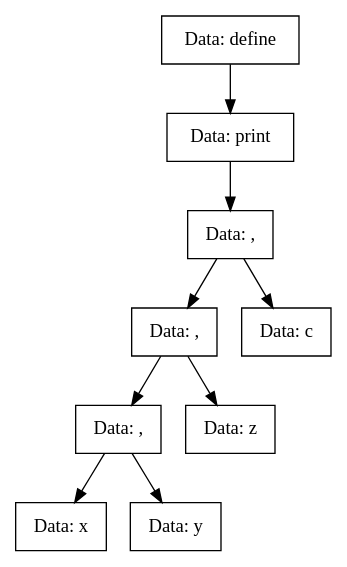
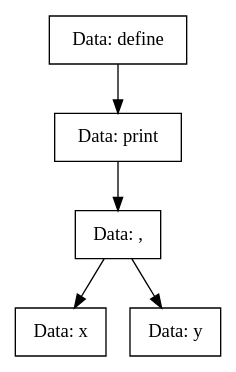
One commit to vorontsov-amd/Compiller changed the diagram in TreeDump/print-utf8.dot. Above: the diagram before and after it, drawn with Graphviz. The commit also changed 16 other files, not shown here.

```diff
--- a/TreeDump/print-utf8.dot
+++ b/TreeDump/print-utf8.dot
@@ -1,19 +1,11 @@
 digraph print{
-Node0x5599159efb70[shape="record", label="Data: define"];
-Node0x5599159f0380[shape="record", label="Data: print"];
-Node0x5599159f0830[shape="record", label="Data: ,"];
-Node0x5599159ef940[shape="record", label="Data: ,"];
-Node0x5599159f04c0[shape="record", label="Data: ,"];
-Node0x5599159ef710[shape="record", label="Data: x"];
-Node0x5599159f04c0->Node0x5599159ef710;
-Node0x5599159ef760[shape="record", label="Data: y"];
-Node0x5599159f04c0->Node0x5599159ef760;
-Node0x5599159ef940->Node0x5599159f04c0;
-Node0x5599159f0790[shape="record", label="Data: z"];
-Node0x5599159ef940->Node0x5599159f0790;
-Node0x5599159f0830->Node0x5599159ef940;
-Node0x5599159ef6c0[shape="record", label="Data: c"];
-Node0x5599159f0830->Node0x5599159ef6c0;
-Node0x5599159f0380->Node0x5599159f0830;
-Node0x5599159efb70->Node0x5599159f0380;
+Node0x55936338b8f0[shape="record", label="Data: define"];
+Node0x55936338b670[shape="record", label="Data: print"];
+Node0x55936338b4e0[shape="record", label="Data: ,"];
+Node0x55936338b580[shape="record", label="Data: x"];
+Node0x55936338b4e0->Node0x55936338b580;
+Node0x55936338b530[shape="record", label="Data: y"];
+Node0x55936338b4e0->Node0x55936338b530;
+Node0x55936338b670->Node0x55936338b4e0;
+Node0x55936338b8f0->Node0x55936338b670;
 }
```
